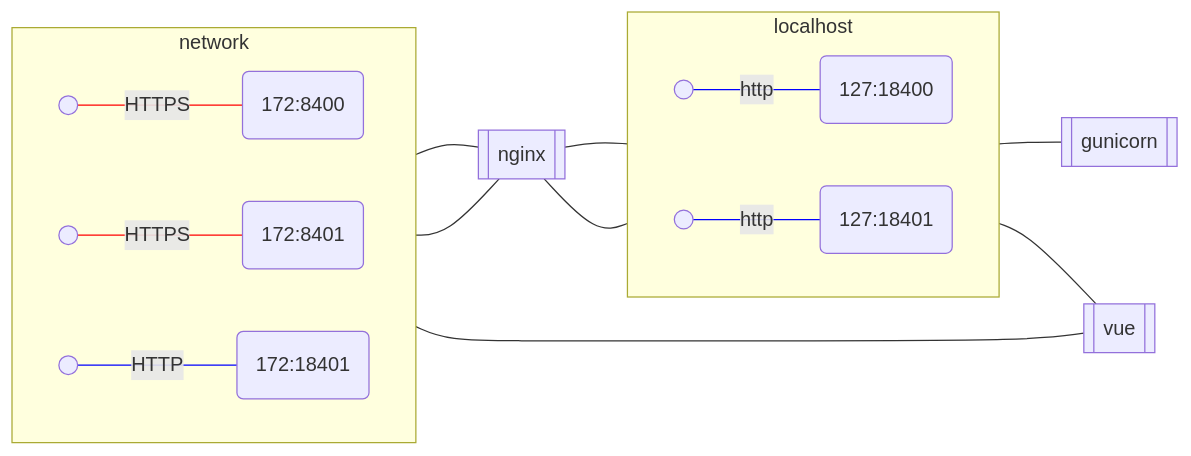
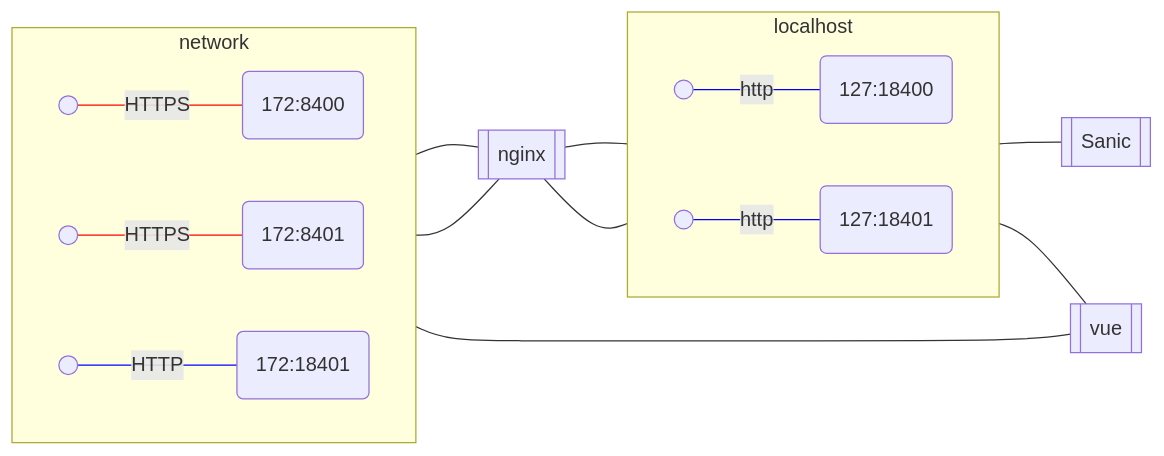
Before and after one commit to smucclaw/gsheet: the third of 4 diagrams in natural4-server/natural4_server/nginx-proxy.md, drawn with Mermaid. The commit also changed other lines of this file, not shown here.

Commit message:
Redo diagram

````diff
--- a/natural4-server/natural4_server/nginx-proxy.md
+++ b/natural4-server/natural4_server/nginx-proxy.md
@@ -62,30 +67,30 @@
 ```mermaid
 flowchart LR
     subgraph network
         direction LR
         https_172_8400(( )) -- HTTPS --- network_port_8400(172:8400)
         https_172_8401(( )) -- HTTPS --- network_port_8401(172:8401)
         https_172_18401(( )) -- HTTP --- network_port_18401(172:18401)
     end
     nginx[[nginx]]
     network_port_8400 --- nginx
     network_port_8401 --- nginx
 
     subgraph localhost
         direction LR
         http_127_8400(( )) -- http --- loop_port_18400(127:18400)
         http_127_8401(( ))-- http --- loop_port_18401(127:18401)
     end
-    gunicorn[[ gunicorn ]]
-    loop_port_18400---gunicorn
+    Sanic[[ Sanic ]]
+    loop_port_18400---Sanic
     vue[[ vue ]]
     loop_port_18401---vue
     nginx---http_127_8400
     nginx---http_127_8401
     network_port_18401---vue
     linkStyle 0 stroke:red;
     linkStyle 1 stroke:red;
     linkStyle 2 stroke:blue;
     linkStyle 5 stroke:blue;
     linkStyle 6 stroke:blue;
 ```
````
